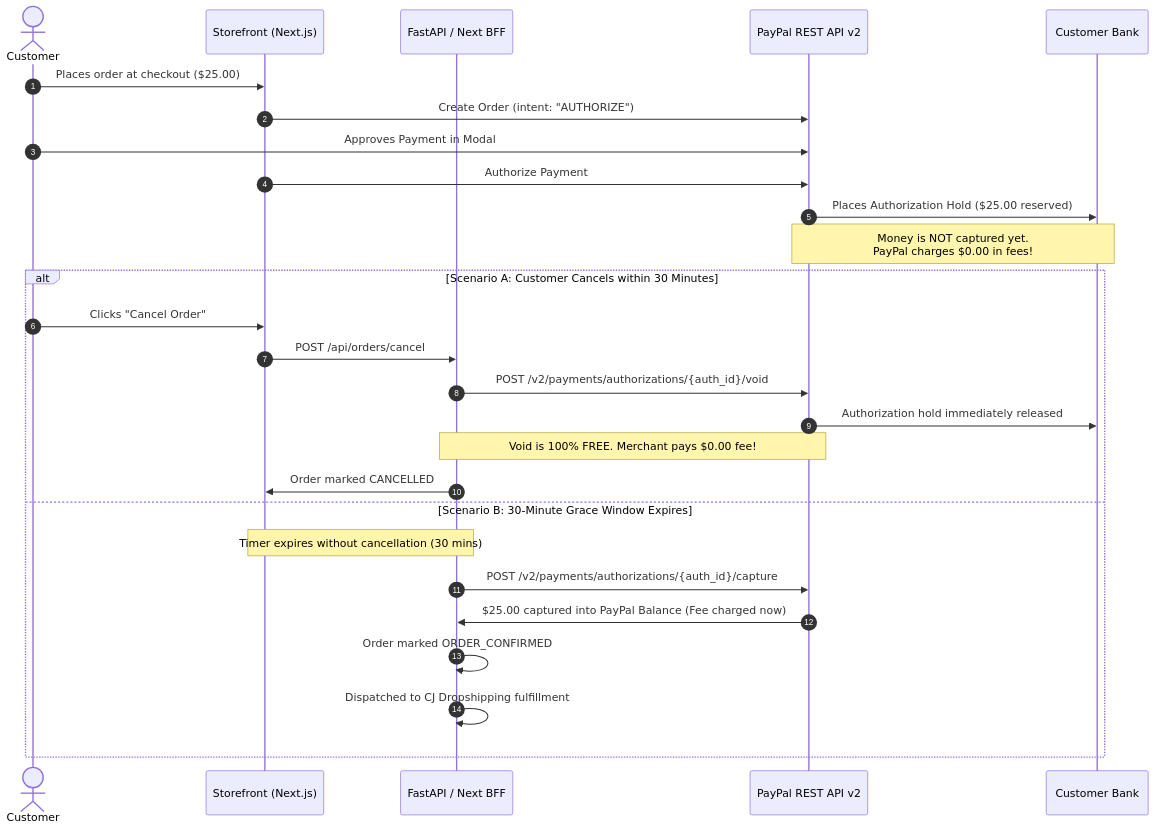
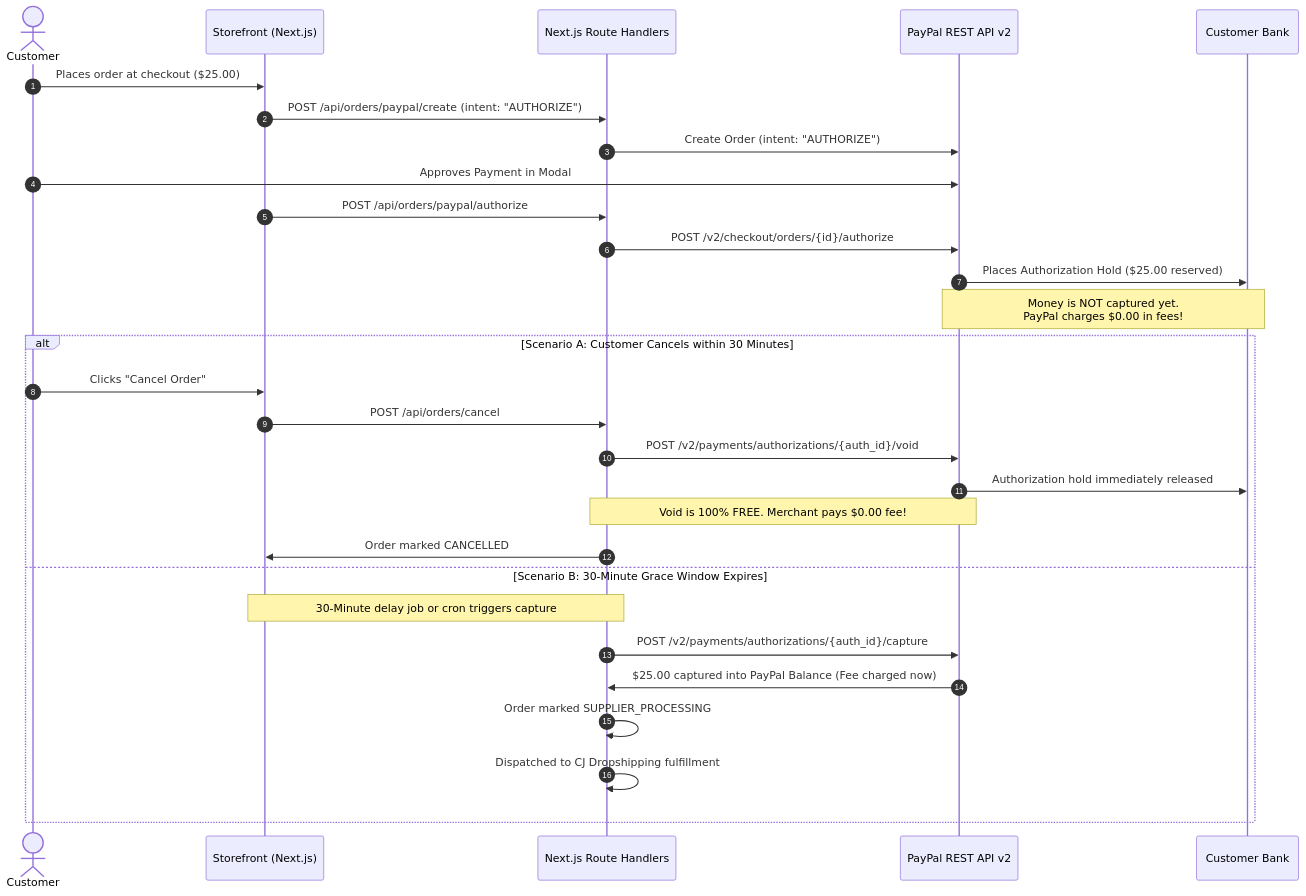
The diagram in docs/07_FUTURE_PLANS.md (mohanreddybodha/dropshipping-store), drawn with Mermaid before and after one commit. The commit also changed other lines of this file and 4 other files, not shown here.

Commit message:
docs: sync operational runbook, growth playbook, and architecture documentation with unified production architecture

````diff
--- a/docs/07_FUTURE_PLANS.md
+++ b/docs/07_FUTURE_PLANS.md
@@ -22,31 +22,33 @@
 ```mermaid
 sequenceDiagram
     autonumber
     actor Customer
     participant Store as Storefront (Next.js)
-    participant API as FastAPI / Next BFF
+    participant API as Next.js Route Handlers
     participant PP as PayPal REST API v2
     participant Bank as Customer Bank
 
     Customer->>Store: Places order at checkout ($25.00)
-    Store->>PP: Create Order (intent: "AUTHORIZE")
+    Store->>API: POST /api/orders/paypal/create (intent: "AUTHORIZE")
+    API->>PP: Create Order (intent: "AUTHORIZE")
     Customer->>PP: Approves Payment in Modal
-    Store->>PP: Authorize Payment
+    Store->>API: POST /api/orders/paypal/authorize
+    API->>PP: POST /v2/checkout/orders/{id}/authorize
     PP->>Bank: Places Authorization Hold ($25.00 reserved)
     Note over Bank,PP: Money is NOT captured yet.<br/>PayPal charges $0.00 in fees!
 
     alt Scenario A: Customer Cancels within 30 Minutes
         Customer->>Store: Clicks "Cancel Order"
         Store->>API: POST /api/orders/cancel
         API->>PP: POST /v2/payments/authorizations/{auth_id}/void
         PP->>Bank: Authorization hold immediately released
         Note over API,PP: Void is 100% FREE. Merchant pays $0.00 fee!
         API->>Store: Order marked CANCELLED
     else Scenario B: 30-Minute Grace Window Expires
-        Note over API,Store: Timer expires without cancellation (30 mins)
+        Note over API,Store: 30-Minute delay job or cron triggers capture
         API->>PP: POST /v2/payments/authorizations/{auth_id}/capture
         PP->>API: $25.00 captured into PayPal Balance (Fee charged now)
-        API->>API: Order marked ORDER_CONFIRMED
+        API->>API: Order marked SUPPLIER_PROCESSING
         API->>API: Dispatched to CJ Dropshipping fulfillment
     end
 ```
````
